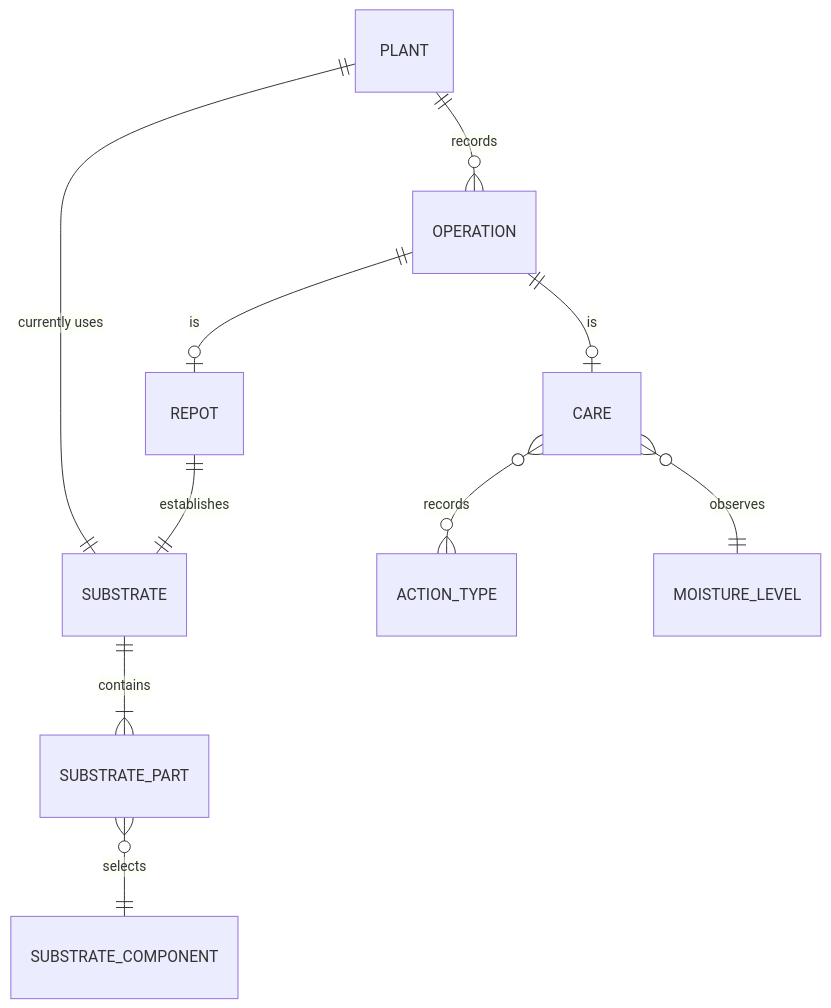
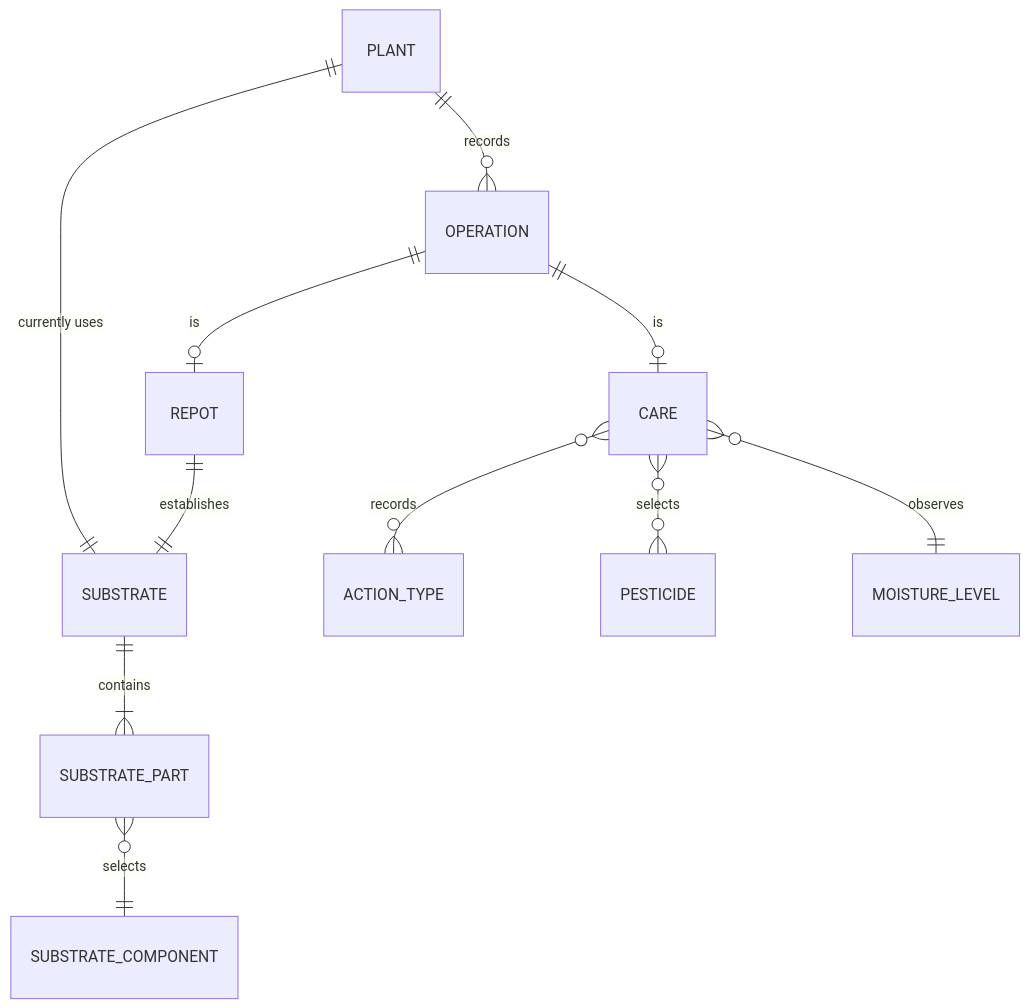
Before and after one commit to cosminci/gardening: the first of 2 diagrams in specs/design.md, drawn with Mermaid. The commit also changed other lines of this file and 23 other files, not shown here.

````diff
--- a/specs/design.md
+++ b/specs/design.md
@@ -13,12 +13,13 @@
 ```mermaid
 erDiagram
     PLANT ||--o{ OPERATION : records
     PLANT ||--|| SUBSTRATE : "currently uses"
     OPERATION ||--o| CARE : "is"
     OPERATION ||--o| REPOT : "is"
     REPOT ||--|| SUBSTRATE : "establishes"
     SUBSTRATE ||--|{ SUBSTRATE_PART : contains
     SUBSTRATE_PART }o--|| SUBSTRATE_COMPONENT : selects
     CARE }o--o{ ACTION_TYPE : records
+    CARE }o--o{ PESTICIDE : selects
     CARE }o--|| MOISTURE_LEVEL : observes
 ```
````
